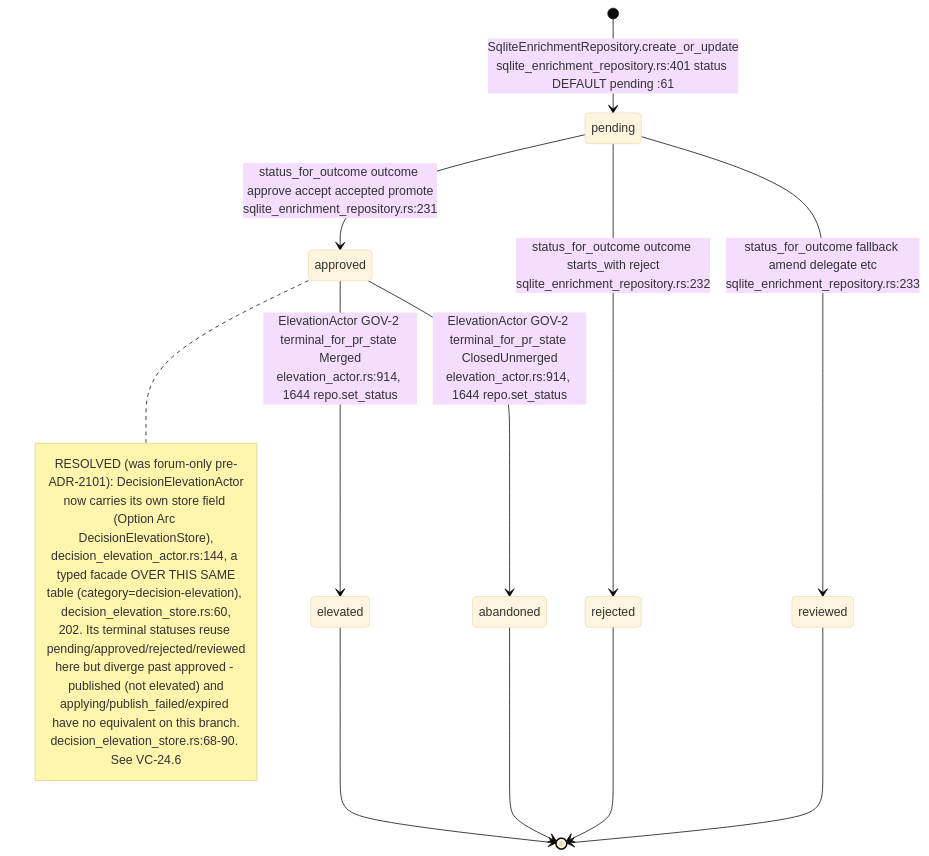
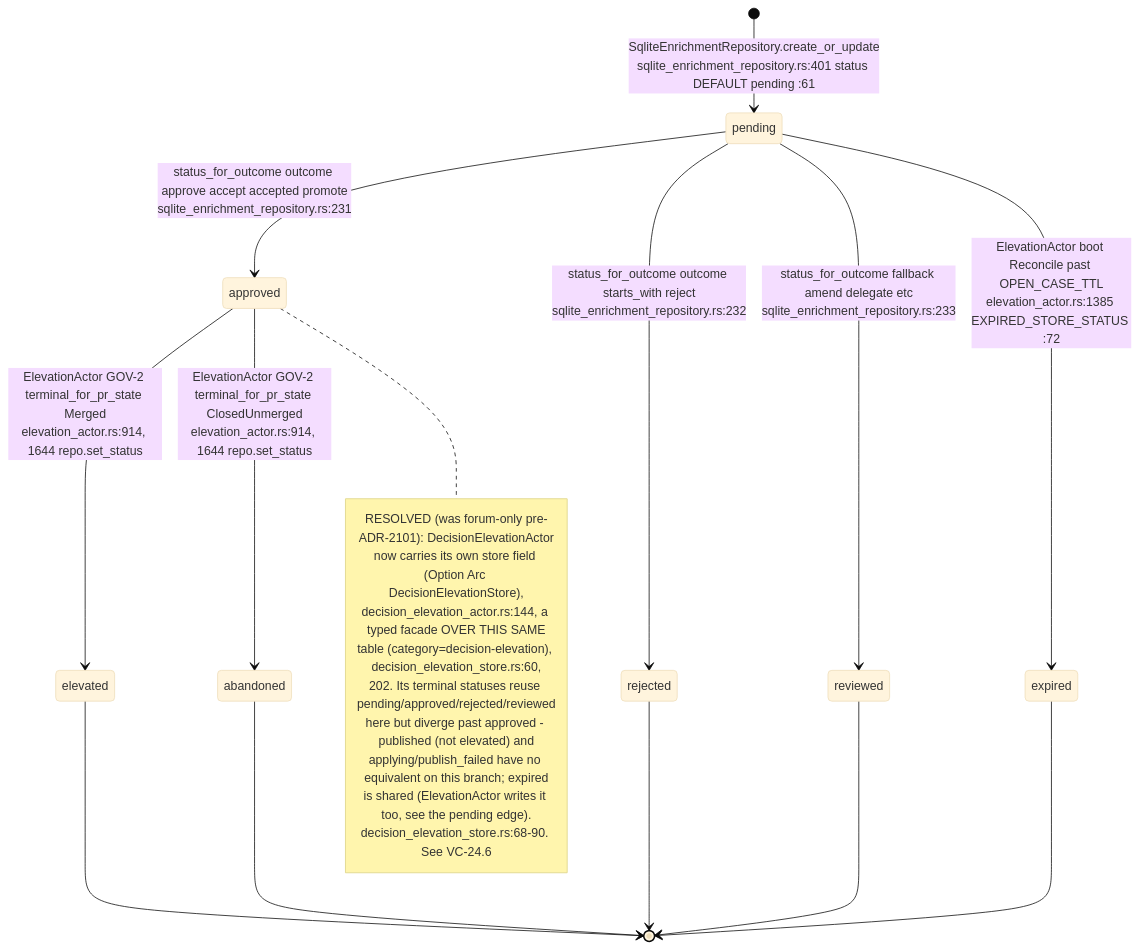
The first of 12 diagrams in docs/diagrams/visionclaw/24-acsp-decision-elevation.md (DreamLab-AI/VisionFlow), drawn with Mermaid (base theme) before and after one commit. The commit also changed other lines of this file and 173 other files, not shown here.

````diff
--- a/docs/diagrams/visionclaw/24-acsp-decision-elevation.md
+++ b/docs/diagrams/visionclaw/24-acsp-decision-elevation.md
@@ -49,23 +49,26 @@
 ```mermaid
 stateDiagram-v2
     [*] --> pending: SqliteEnrichmentRepository.create_or_update<br/>sqlite_enrichment_repository.rs:401 status DEFAULT pending :61
     pending --> approved: status_for_outcome outcome approve accept accepted promote<br/>sqlite_enrichment_repository.rs:231
     pending --> rejected: status_for_outcome outcome starts_with reject<br/>sqlite_enrichment_repository.rs:232
     pending --> reviewed: status_for_outcome fallback amend delegate etc<br/>sqlite_enrichment_repository.rs:233
     approved --> elevated: ElevationActor GOV-2 terminal_for_pr_state Merged<br/>elevation_actor.rs:914, 1644 repo.set_status
     approved --> abandoned: ElevationActor GOV-2 terminal_for_pr_state ClosedUnmerged<br/>elevation_actor.rs:914, 1644 repo.set_status
+    pending --> expired: ElevationActor boot Reconcile past OPEN_CASE_TTL<br/>elevation_actor.rs:1385 EXPIRED_STORE_STATUS :72
+    expired --> [*]
     elevated --> [*]
     abandoned --> [*]
     rejected --> [*]
     reviewed --> [*]
     note right of approved
       RESOLVED (was forum-only pre-ADR-2101): DecisionElevationActor
       now carries its own store field (Option Arc DecisionElevationStore),
       decision_elevation_actor.rs:144, a typed facade OVER THIS SAME
       table (category=decision-elevation), decision_elevation_store.rs:60,
       202. Its terminal statuses reuse pending/approved/rejected/reviewed
       here but diverge past approved - published (not elevated) and
-      applying/publish_failed/expired have no equivalent on this branch.
+      applying/publish_failed have no equivalent on this branch; expired
+      is shared (ElevationActor writes it too, see the pending edge).
       decision_elevation_store.rs:68-90. See VC-24.6
     end note
 ```
````
